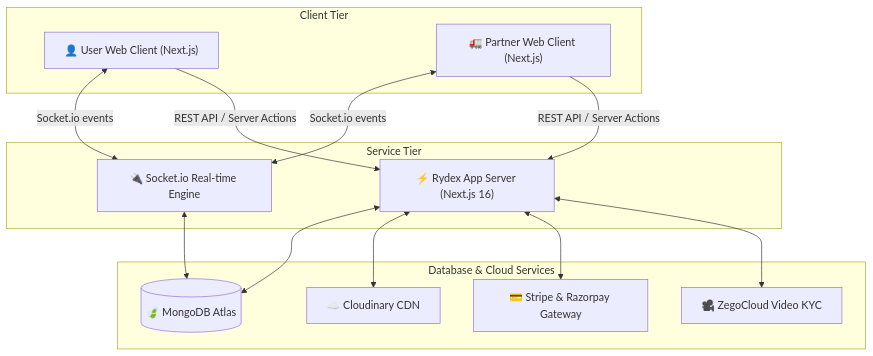
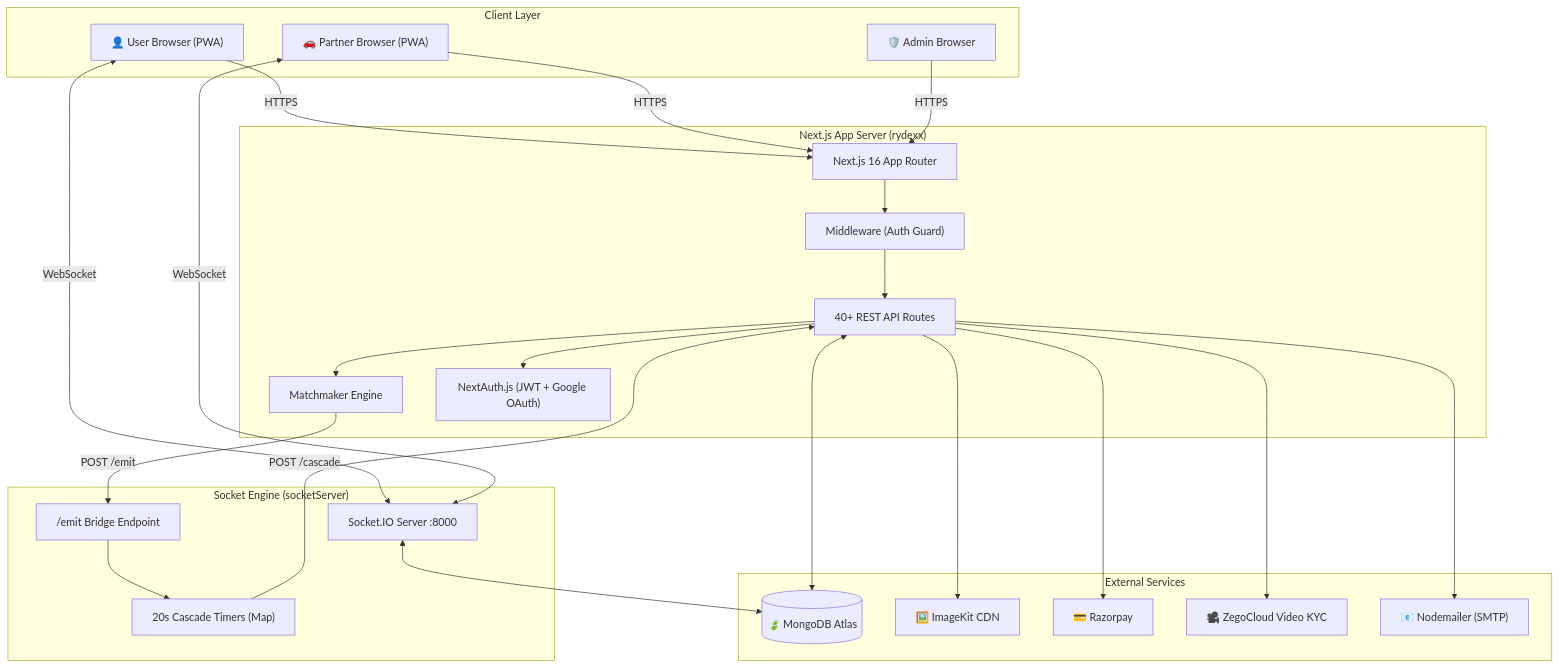
One commit to Zuhaib-dev/rydex changed the first of 5 diagrams in readme.md. Above: the diagram before and after it, drawn with Mermaid. The commit also changed other lines of this file and 1 other file, not shown here.

Commit message:
refactor: restructure documentation with improved monorepo overview and architecture diagrams

````diff
--- a/readme.md
+++ b/readme.md
@@ -70,34 +91,53 @@
 ```mermaid
-graph TD
-    subgraph Client Tier [Client Tier]
-        UserApp["👤 User Web Client (Next.js)"]
-        PartnerApp["🚛 Partner Web Client (Next.js)"]
+graph TB
+    subgraph "Client Layer"
+        U["👤 User Browser (PWA)"]
+        P["🚗 Partner Browser (PWA)"]
+        A["🛡️ Admin Browser"]
     end
 
-    subgraph Service Tier [Service Tier]
-        NextServer["⚡ Rydex App Server (Next.js 16)"]
-        SocketEngine["🔌 Socket.io Real-time Engine"]
+    subgraph "Next.js App Server (rydexx)"
+        NX["Next.js 16 App Router"]
+        MW["Middleware (Auth Guard)"]
+        API["40+ REST API Routes"]
+        MM["Matchmaker Engine"]
+        AUTH["NextAuth.js (JWT + Google OAuth)"]
     end
 
-    subgraph Database & Cloud [Database & Cloud Services]
-        MongoDB[("🍃 MongoDB Atlas")]
-        Cloudinary["☁️ Cloudinary CDN"]
-        Zegocloud["🎥 ZegoCloud Video KYC"]
-        StripeRazorpay["💳 Stripe & Razorpay Gateway"]
+    subgraph "Socket Engine (socketServer)"
+        IO["Socket.IO Server :8000"]
+        EMIT["/emit Bridge Endpoint"]
+        TIMERS["20s Cascade Timers (Map)"]
     end
 
-    %% WebSockets
-    UserApp <-->|Socket.io events| SocketEngine
-    PartnerApp <-->|Socket.io events| SocketEngine
+    subgraph "External Services"
+        MDB[("🍃 MongoDB Atlas")]
+        IK["🖼️ ImageKit CDN"]
+        RZP["💳 Razorpay"]
+        ZG["🎥 ZegoCloud Video KYC"]
+        NM["📧 Nodemailer (SMTP)"]
+    end
 
-    %% HTTP / REST APIs
-    UserApp -->|REST API / Server Actions| NextServer
-    PartnerApp -->|REST API / Server Actions| NextServer
+    U -->|HTTPS| NX
+    P -->|HTTPS| NX
+    A -->|HTTPS| NX
 
-    %% Server to DB / Cloud
-    NextServer <--> MongoDB
-    NextServer <--> Cloudinary
-    NextServer <--> StripeRazorpay
-    NextServer <--> Zegocloud
-    SocketEngine <--> MongoDB
+    U <-->|WebSocket| IO
+    P <-->|WebSocket| IO
+
+    NX --> MW
+    MW --> API
+    API --> MM
+    API --> AUTH
+
+    MM -->|POST /emit| EMIT
+    EMIT --> TIMERS
+    TIMERS -->|POST /cascade| API
+
+    API <--> MDB
+    IO <--> MDB
+    API --> IK
+    API --> RZP
+    API --> ZG
+    API --> NM
 ```
````
